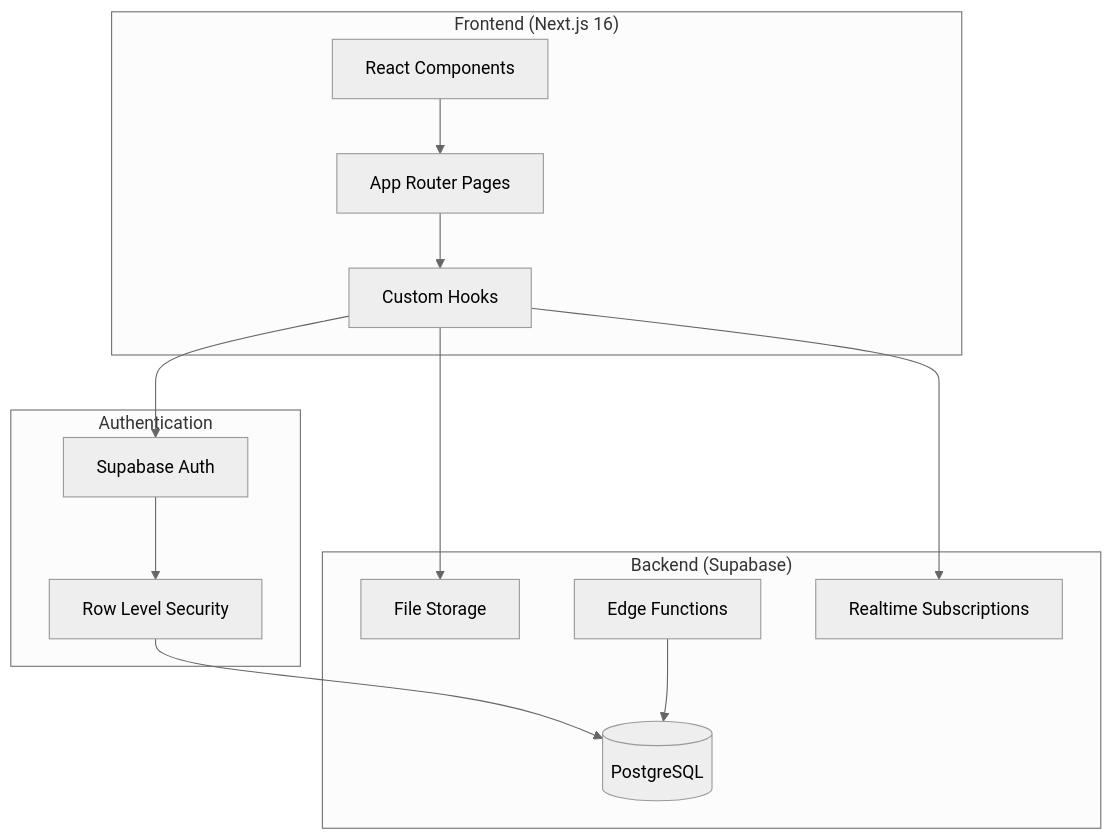
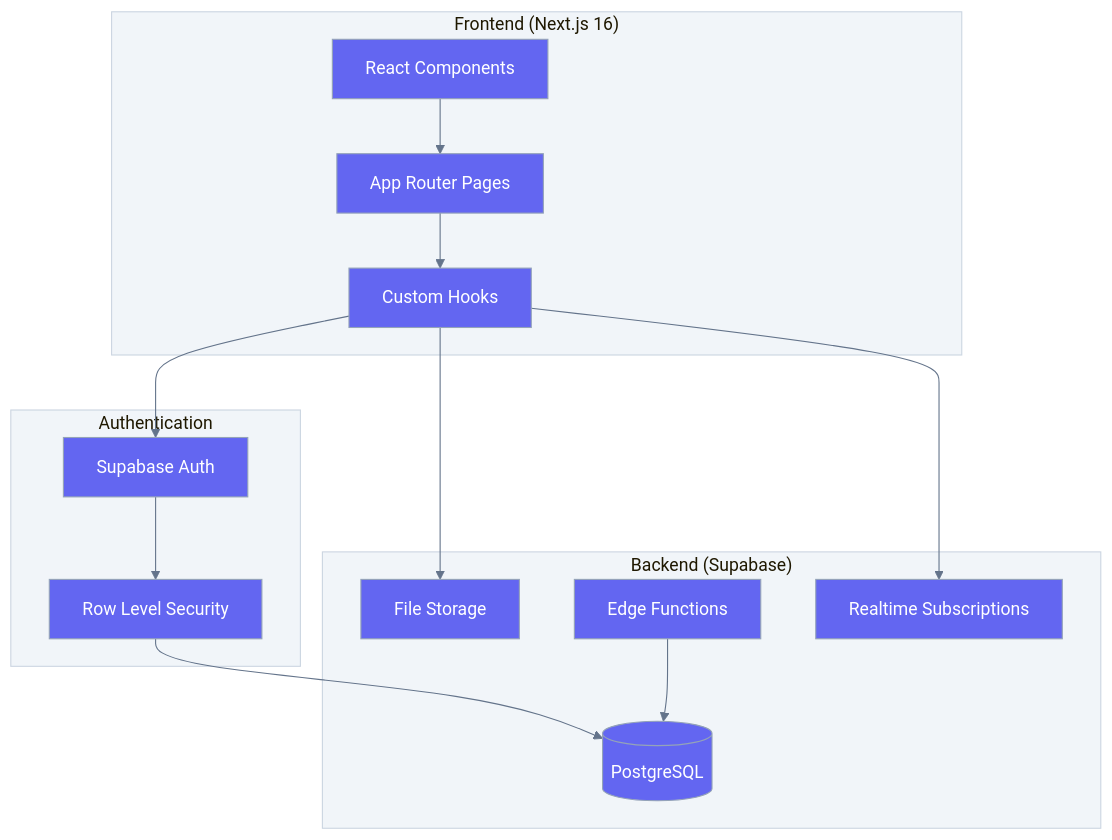
Before and after one commit to anisha-agarwal/chore-champions: the second of 6 diagrams in README.md, drawn with Mermaid. The commit also changed other lines of this file and 2 other files, not shown here.

First line of the commit message:
Improve Mermaid diagram contrast for dark mode

````diff
--- a/README.md
+++ b/README.md
@@ -71,30 +71,30 @@
 ```mermaid
-%%{init: {'theme': 'neutral'}}%%
+%%{init: {'theme': 'base', 'themeVariables': {'primaryColor': '#6366f1', 'primaryTextColor': '#fff', 'primaryBorderColor': '#4f46e5', 'lineColor': '#64748b', 'secondaryColor': '#f1f5f9', 'tertiaryColor': '#e0e7ff', 'nodeBkg': '#f8fafc', 'nodeBorder': '#94a3b8', 'clusterBkg': '#f1f5f9', 'clusterBorder': '#cbd5e1', 'edgeLabelBackground': '#ffffff'}}}%%
 flowchart TB
     subgraph Client["Frontend (Next.js 16)"]
         UI[React Components]
         Pages[App Router Pages]
         Hooks[Custom Hooks]
     end
 
     subgraph Auth["Authentication"]
         Supabase_Auth[Supabase Auth]
         RLS[Row Level Security]
     end
 
     subgraph Backend["Backend (Supabase)"]
         DB[(PostgreSQL)]
         Storage[File Storage]
         Edge[Edge Functions]
         Realtime[Realtime Subscriptions]
     end
 
     UI --> Pages
     Pages --> Hooks
     Hooks --> Supabase_Auth
     Supabase_Auth --> RLS
     RLS --> DB
     Hooks --> Storage
     Hooks --> Realtime
     Edge --> DB
 ```
````
